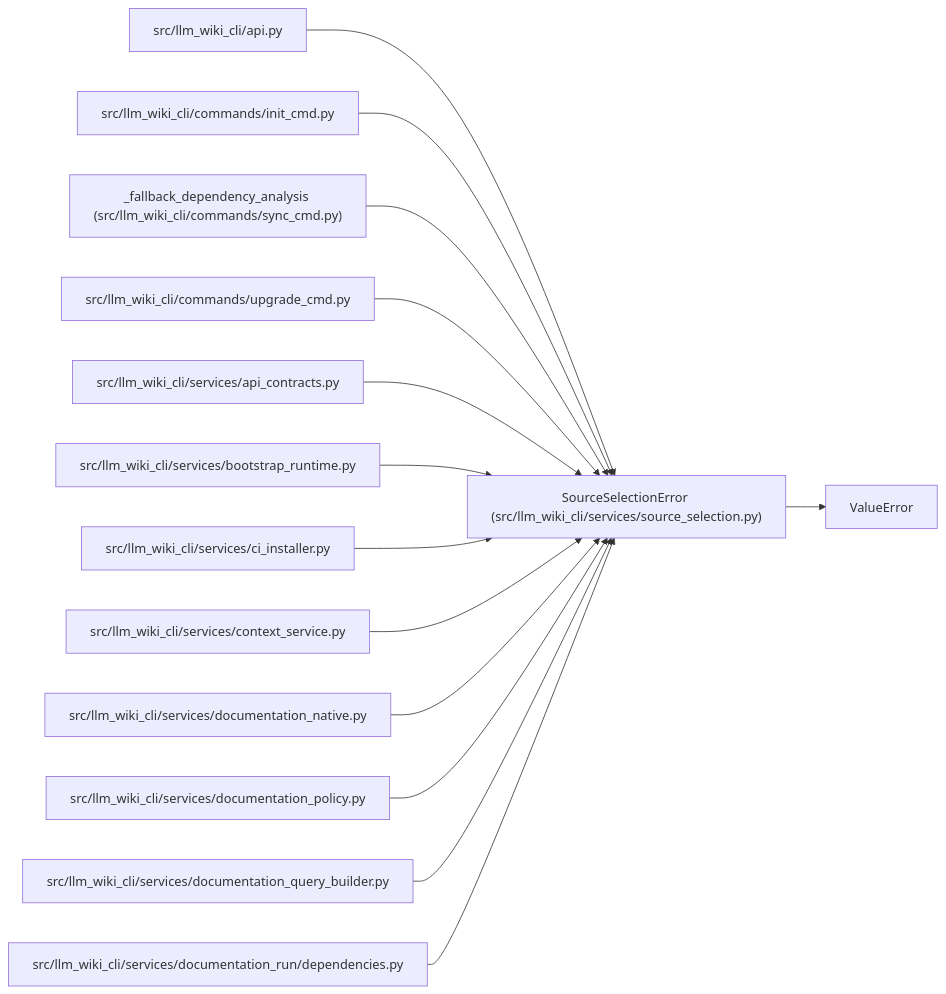
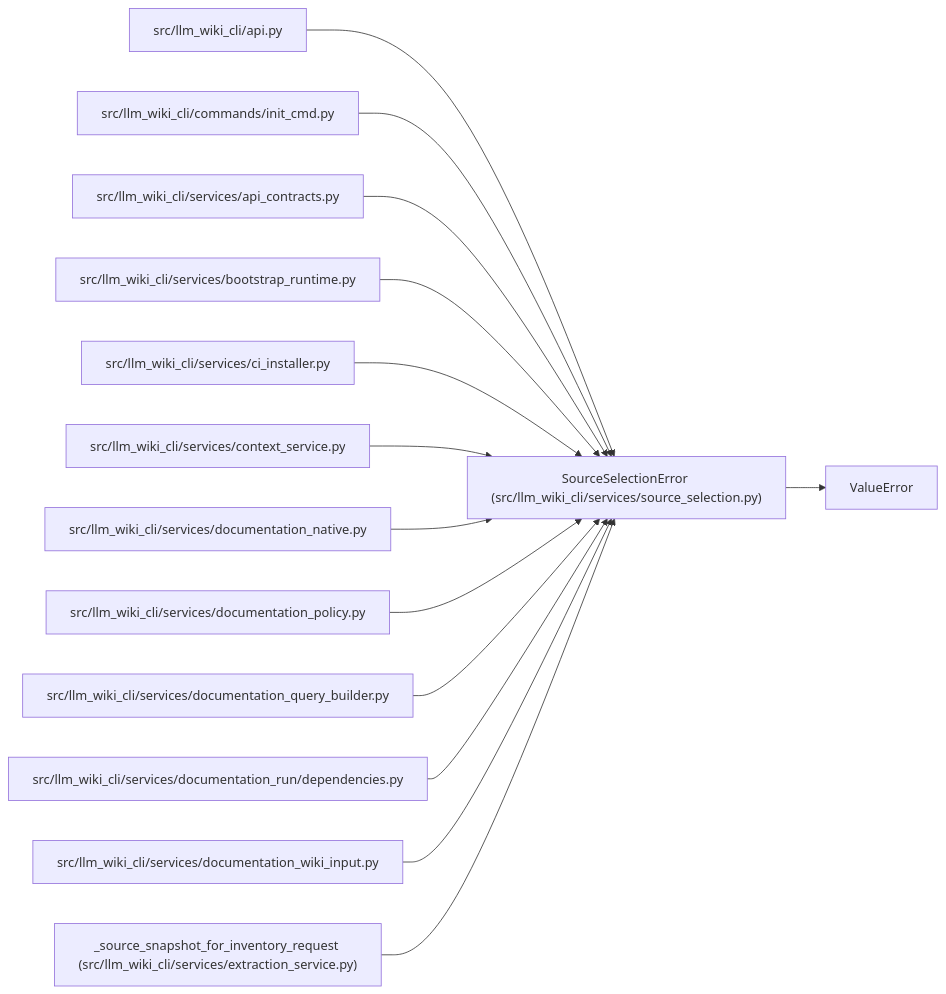
The diagram in docs/llm_wiki/entities/SourceSelectionError.md (Denissvgn/python-wiki-llm), drawn with Mermaid before and after one commit. The commit also changed other lines of this file and 1555 other files, not shown here.

````diff
--- a/docs/llm_wiki/entities/SourceSelectionError.md
+++ b/docs/llm_wiki/entities/SourceSelectionError.md
@@ -25,43 +25,43 @@
 ```mermaid
 flowchart LR
     n0["SourceSelectionError (src/llm_wiki_cli/services/source_selection.py)"]
     n1["ValueError"]
     n2["src/llm_wiki_cli/api.py"]
     n3["src/llm_wiki_cli/commands/init_cmd.py"]
-    n4["_fallback_dependency_analysis (src/llm_wiki_cli/commands/sync_cmd.py)"]
-    n5["src/llm_wiki_cli/commands/upgrade_cmd.py"]
-    n6["src/llm_wiki_cli/services/api_contracts.py"]
-    n7["src/llm_wiki_cli/services/bootstrap_runtime.py"]
-    n8["src/llm_wiki_cli/services/ci_installer.py"]
-    n9["src/llm_wiki_cli/services/context_service.py"]
-    n10["src/llm_wiki_cli/services/documentation_native.py"]
-    n11["src/llm_wiki_cli/services/documentation_policy.py"]
-    n12["src/llm_wiki_cli/services/documentation_query_builder.py"]
-    n13["src/llm_wiki_cli/services/documentation_run/dependencies.py"]
+    n4["src/llm_wiki_cli/services/api_contracts.py"]
+    n5["src/llm_wiki_cli/services/bootstrap_runtime.py"]
+    n6["src/llm_wiki_cli/services/ci_installer.py"]
+    n7["src/llm_wiki_cli/services/context_service.py"]
+    n8["src/llm_wiki_cli/services/documentation_native.py"]
+    n9["src/llm_wiki_cli/services/documentation_policy.py"]
+    n10["src/llm_wiki_cli/services/documentation_query_builder.py"]
+    n11["src/llm_wiki_cli/services/documentation_run/dependencies.py"]
+    n12["src/llm_wiki_cli/services/documentation_wiki_input.py"]
+    n13["_source_snapshot_for_inventory_request (src/llm_wiki_cli/services/extraction_service.py)"]
     n0 --> n1
     n2 --> n0
     n3 --> n0
     n4 --> n0
     n5 --> n0
     n6 --> n0
     n7 --> n0
     n8 --> n0
     n9 --> n0
     n10 --> n0
     n11 --> n0
     n12 --> n0
     n13 --> n0
     click n0 "../modules/source_selection.md"
     click n2 "../modules/api.md"
     click n3 "../modules/init_cmd.md"
-    click n4 "../modules/sync_cmd.md"
-    click n5 "../modules/upgrade_cmd.md"
-    click n6 "../modules/api_contracts.md"
-    click n7 "../modules/bootstrap_runtime.md"
-    click n8 "../modules/ci_installer.md"
-    click n9 "../modules/context_service.md"
-    click n10 "../modules/documentation_native.md"
-    click n11 "../modules/documentation_policy.md"
-    click n12 "../modules/documentation_query_builder.md"
-    click n13 "../modules/documentation_run_dependencies.md"
+    click n4 "../modules/api_contracts.md"
+    click n5 "../modules/bootstrap_runtime.md"
+    click n6 "../modules/ci_installer.md"
+    click n7 "../modules/context_service.md"
+    click n8 "../modules/documentation_native.md"
+    click n9 "../modules/documentation_policy.md"
+    click n10 "../modules/documentation_query_builder.md"
+    click n11 "../modules/documentation_run_dependencies.md"
+    click n12 "../modules/documentation_wiki_input.md"
+    click n13 "../modules/extraction_service.md"
 ```
````
